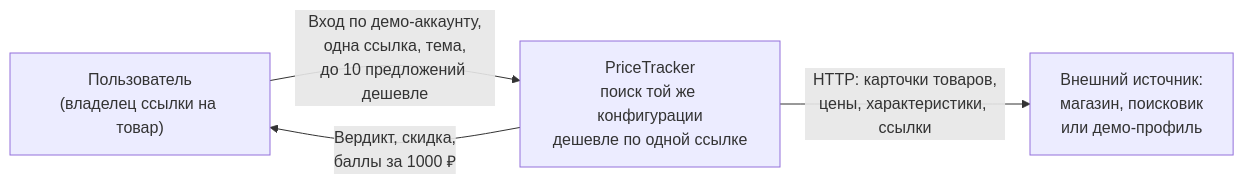
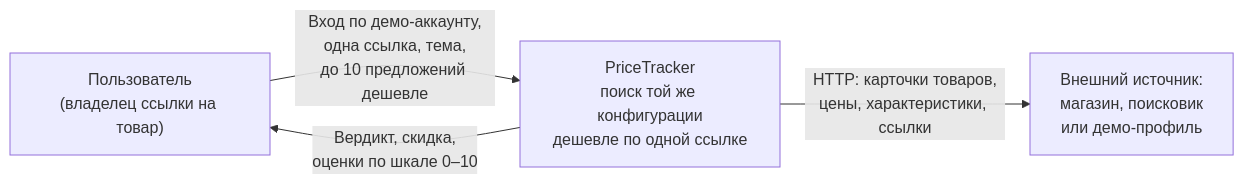
Before and after one commit to brawlat12344-ops/pricetracker: the first of 3 diagrams in docs/c4.md, drawn with Mermaid. The commit also changed other lines of this file and 1 other file, not shown here.

````diff
--- a/docs/c4.md
+++ b/docs/c4.md
@@ -10,10 +10,10 @@
 ```mermaid
 flowchart LR
     U["Пользователь<br/>(владелец ссылки на товар)"]
     PT["PriceTracker<br/>поиск той же конфигурации<br/>дешевле по одной ссылке"]
     EXT["Внешний источник:<br/>магазин, поисковик<br/>или демо-профиль"]
 
     U -->|"Вход по демо-аккаунту,<br/>одна ссылка, тема,<br/>до 10 предложений дешевле"| PT
     PT -->|"HTTP: карточки товаров,<br/>цены, характеристики, ссылки"| EXT
-    PT -->|"Вердикт, скидка,<br/>баллы за 1000 ₽"| U
+    PT -->|"Вердикт, скидка,<br/>оценки по шкале 0–10"| U
 ```
````
